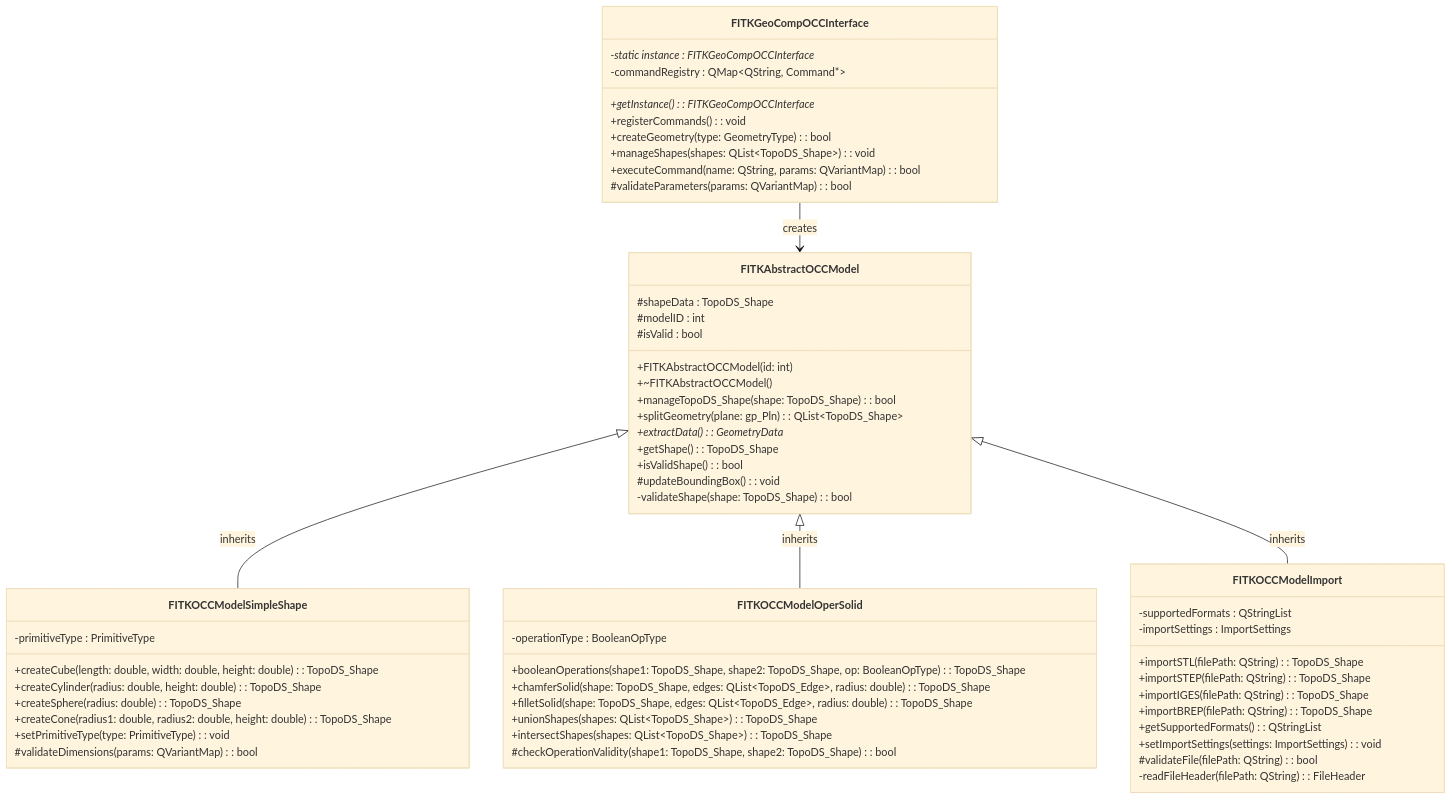
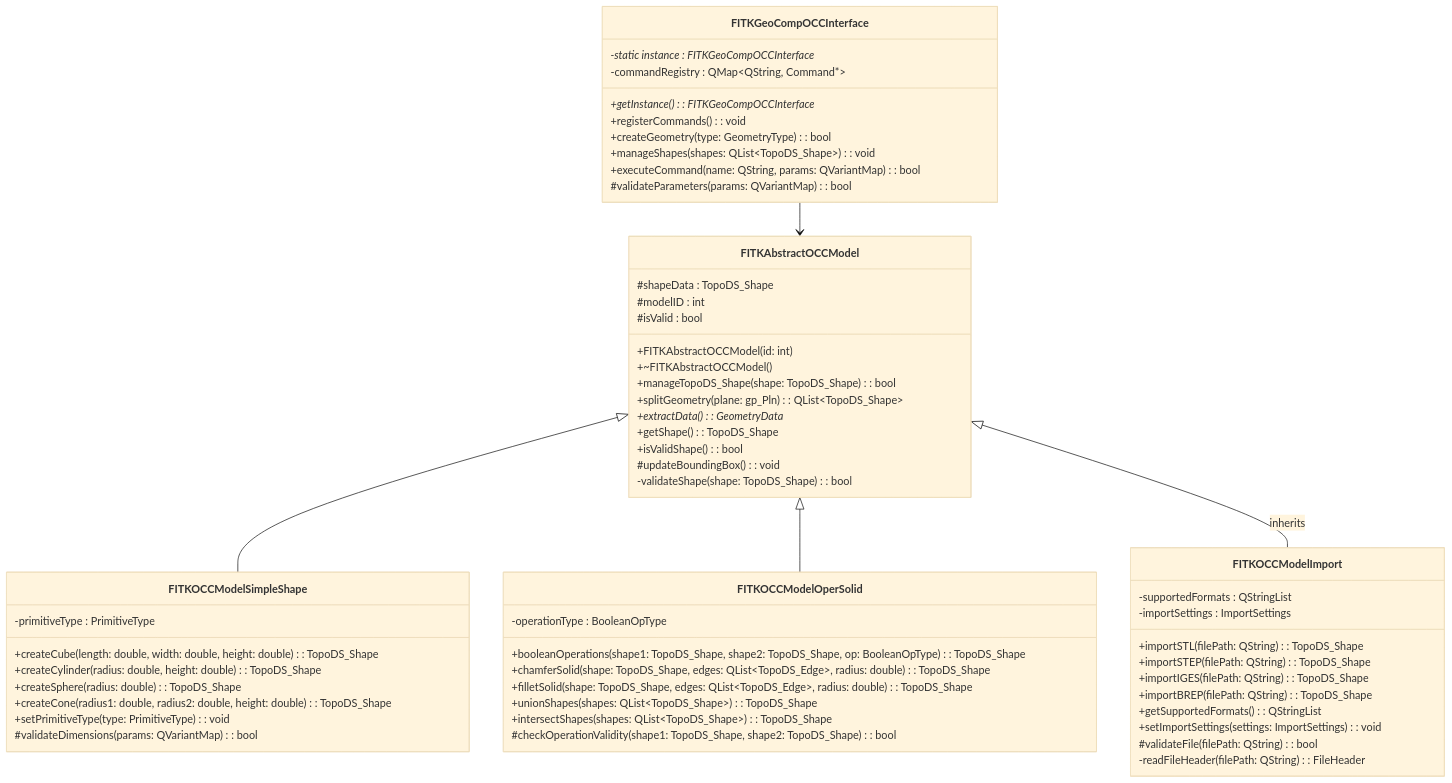
The sixth of 15 diagrams in documents/FastCAE技术分析报告_改进版.md (superanet/fastcae), drawn with Mermaid (base theme) before and after one commit. The commit also changed other lines of this file, not shown here.

Commit message:
修复：修复mermaid图表错误

````diff
--- a/documents/FastCAE技术分析报告_改进版.md
+++ b/documents/FastCAE技术分析报告_改进版.md
@@ -981,66 +981,66 @@
 ```mermaid
 classDiagram
     class FITKGeoCompOCCInterface {
         -static instance : FITKGeoCompOCCInterface*
         -commandRegistry : QMap~QString, Command*~
         +getInstance() : FITKGeoCompOCCInterface*
         +registerCommands() : void
         +createGeometry(type: GeometryType) : bool
         +manageShapes(shapes: QList~TopoDS_Shape~) : void
         +executeCommand(name: QString, params: QVariantMap) : bool
         #validateParameters(params: QVariantMap) : bool
     }
 
     class FITKAbstractOCCModel {
         #shapeData : TopoDS_Shape
         #modelID : int
         #isValid : bool
         +FITKAbstractOCCModel(id: int)
         +~FITKAbstractOCCModel()
         +manageTopoDS_Shape(shape: TopoDS_Shape) : bool
         +splitGeometry(plane: gp_Pln) : QList~TopoDS_Shape~
         +extractData() : GeometryData*
         +getShape() : TopoDS_Shape
         +isValidShape() : bool
         #updateBoundingBox() : void
         -validateShape(shape: TopoDS_Shape) : bool
     }
 
     class FITKOCCModelSimpleShape {
         -primitiveType : PrimitiveType
         +createCube(length: double, width: double, height: double) : TopoDS_Shape
         +createCylinder(radius: double, height: double) : TopoDS_Shape
         +createSphere(radius: double) : TopoDS_Shape
         +createCone(radius1: double, radius2: double, height: double) : TopoDS_Shape
         +setPrimitiveType(type: PrimitiveType) : void
         #validateDimensions(params: QVariantMap) : bool
     }
 
     class FITKOCCModelOperSolid {
         -operationType : BooleanOpType
         +booleanOperations(shape1: TopoDS_Shape, shape2: TopoDS_Shape, op: BooleanOpType) : TopoDS_Shape
         +chamferSolid(shape: TopoDS_Shape, edges: QList~TopoDS_Edge~, radius: double) : TopoDS_Shape
         +filletSolid(shape: TopoDS_Shape, edges: QList~TopoDS_Edge~, radius: double) : TopoDS_Shape
         +unionShapes(shapes: QList~TopoDS_Shape~) : TopoDS_Shape
         +intersectShapes(shapes: QList~TopoDS_Shape~) : TopoDS_Shape
         #checkOperationValidity(shape1: TopoDS_Shape, shape2: TopoDS_Shape) : bool
     }
 
     class FITKOCCModelImport {
         -supportedFormats : QStringList
         -importSettings : ImportSettings
         +importSTL(filePath: QString) : TopoDS_Shape
         +importSTEP(filePath: QString) : TopoDS_Shape
         +importIGES(filePath: QString) : TopoDS_Shape
         +importBREP(filePath: QString) : TopoDS_Shape
         +getSupportedFormats() : QStringList
         +setImportSettings(settings: ImportSettings) : void
         #validateFile(filePath: QString) : bool
         -readFileHeader(filePath: QString) : FileHeader
     }
 
-    FITKGeoCompOCCInterface --> FITKAbstractOCCModel : creates
-    FITKAbstractOCCModel <|-- FITKOCCModelSimpleShape : inherits
-    FITKAbstractOCCModel <|-- FITKOCCModelOperSolid : inherits
+    FITKGeoCompOCCInterface --> FITKAbstractOCCModel
+    FITKAbstractOCCModel <|-- FITKOCCModelSimpleShape
+    FITKAbstractOCCModel <|-- FITKOCCModelOperSolid
     FITKAbstractOCCModel <|-- FITKOCCModelImport : inherits
 ```
````
